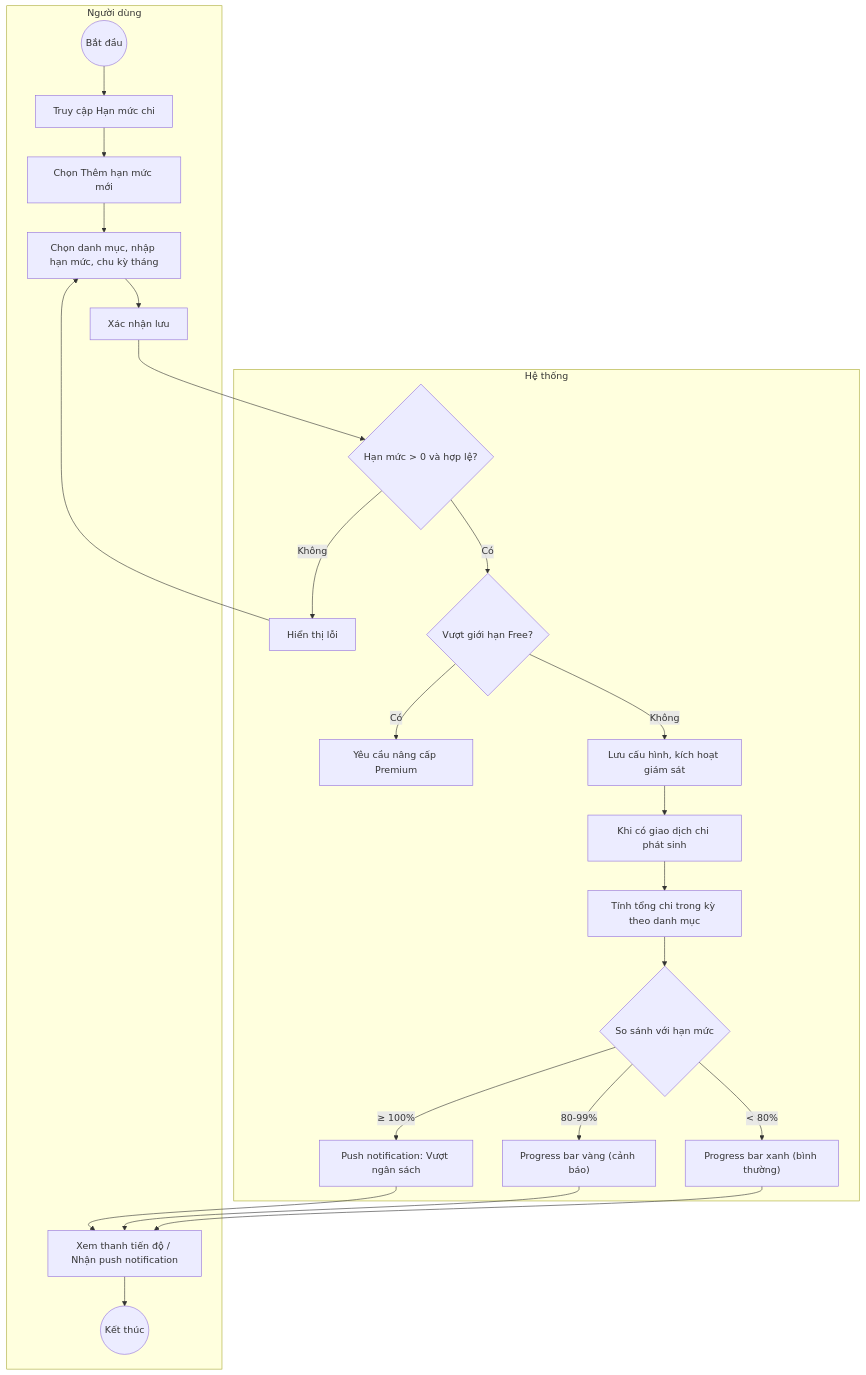
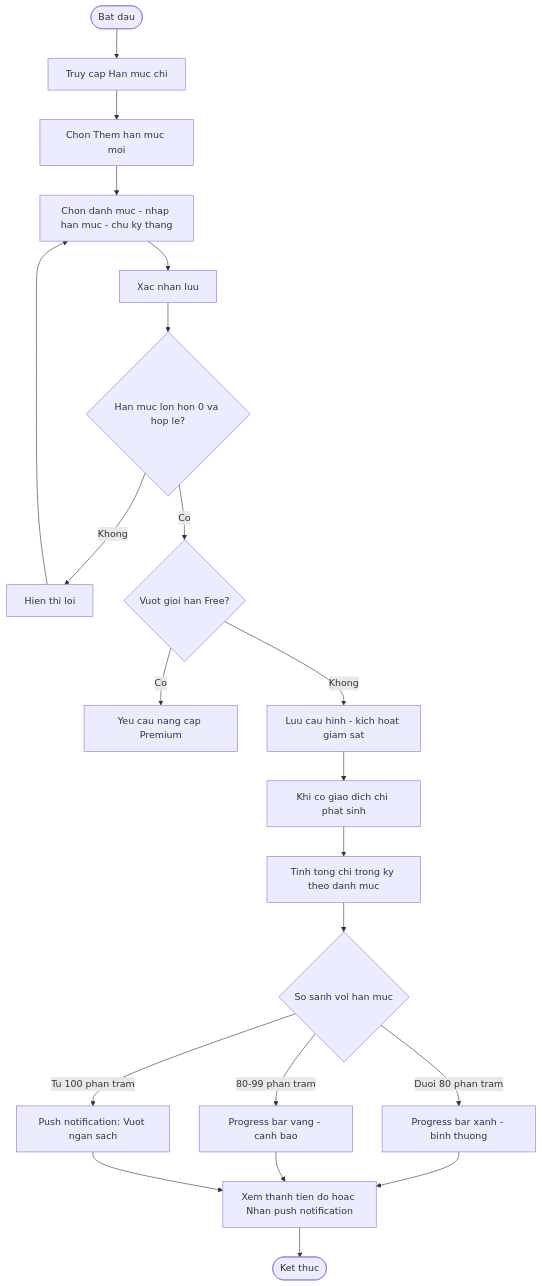
One commit to Hieu-vn/Graduation-Thesis changed the sixth of 10 diagrams in Nghiên cứu MISA MoneyKeeper.md. Above: the diagram before and after it, drawn with Mermaid. The commit also changed other lines of this file, not shown here.

First line of the commit message:
fix: Fix all 10 mermaid diagrams QT01-QT10 for GitHub rendering

````diff
--- a/Nghiên cứu MISA MoneyKeeper.md
+++ b/Nghiên cứu MISA MoneyKeeper.md
@@ -204,26 +182,22 @@
 ```mermaid
 flowchart TD
-    subgraph "Người dùng"
-        A((Bắt đầu)) --> B[Truy cập Hạn mức chi]
-        B --> C[Chọn Thêm hạn mức mới]
-        C --> D["Chọn danh mục, nhập hạn mức, chu kỳ tháng"]
-        D --> E[Xác nhận lưu]
-        K[Xem thanh tiến độ / Nhận push notification] --> L((Kết thúc))
-    end
-    subgraph "Hệ thống"
-        E --> F{Hạn mức > 0 và hợp lệ?}
-        F -->|Không| F2[Hiển thị lỗi] --> D
-        F -->|Có| G{Vượt giới hạn Free?}
-        G -->|Có| G2[Yêu cầu nâng cấp Premium]
-        G -->|Không| H[Lưu cấu hình, kích hoạt giám sát]
-        H --> I["Khi có giao dịch chi phát sinh"]
-        I --> I2[Tính tổng chi trong kỳ theo danh mục]
-        I2 --> J{So sánh với hạn mức}
-        J -->|"< 80%"| J1["Progress bar xanh (bình thường)"]
-        J -->|"80-99%"| J2["Progress bar vàng (cảnh báo)"]
-        J -->|"≥ 100%"| J3["Push notification: Vượt ngân sách"]
-    end
-    J1 --> K
+    A([Bat dau]) --> B[Truy cap Han muc chi]
+    B --> C[Chon Them han muc moi]
+    C --> D[Chon danh muc - nhap han muc - chu ky thang]
+    D --> E[Xac nhan luu]
+    E --> F{Han muc lon hon 0 va hop le?}
+    F -->|Khong| F2[Hien thi loi] --> D
+    F -->|Co| G{Vuot gioi han Free?}
+    G -->|Co| G2[Yeu cau nang cap Premium]
+    G -->|Khong| H[Luu cau hinh - kich hoat giam sat]
+    H --> I[Khi co giao dich chi phat sinh]
+    I --> I2[Tinh tong chi trong ky theo danh muc]
+    I2 --> J{So sanh voi han muc}
+    J -->|Duoi 80 phan tram| J1[Progress bar xanh - binh thuong]
+    J -->|80-99 phan tram| J2[Progress bar vang - canh bao]
+    J -->|Tu 100 phan tram| J3[Push notification: Vuot ngan sach]
+    J1 --> K[Xem thanh tien do hoac Nhan push notification]
     J2 --> K
     J3 --> K
+    K --> L([Ket thuc])
 ```
````
